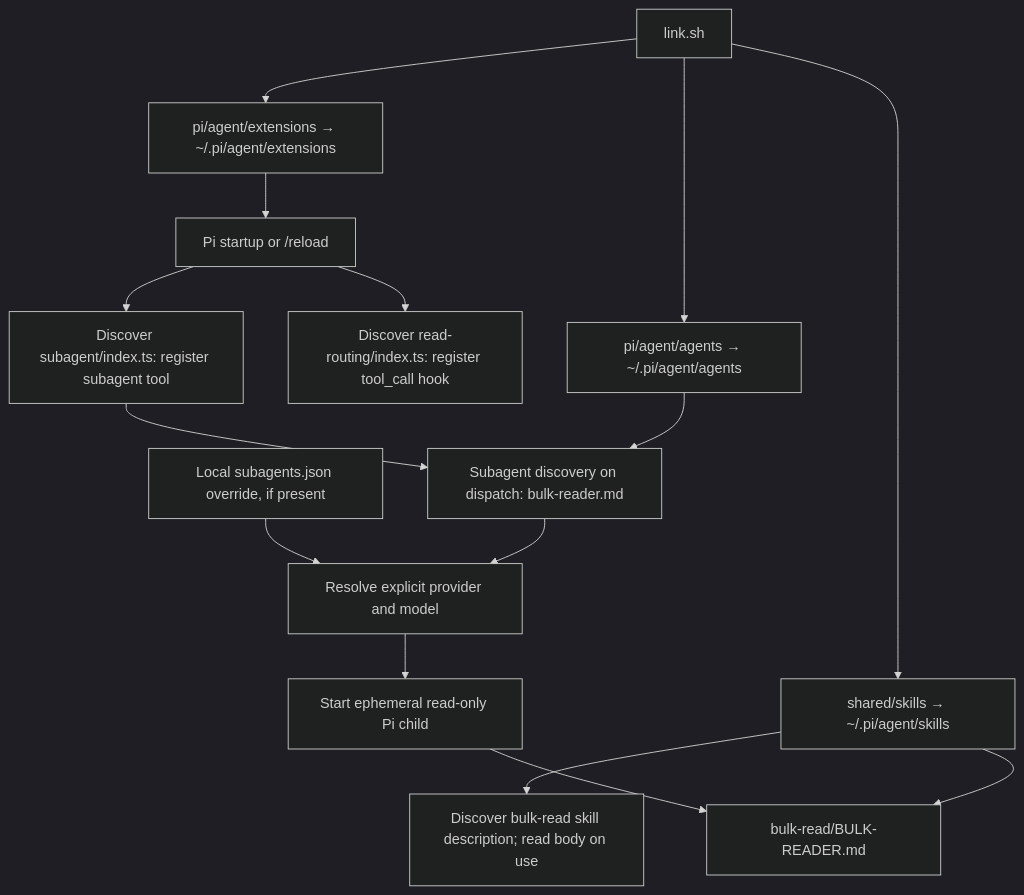
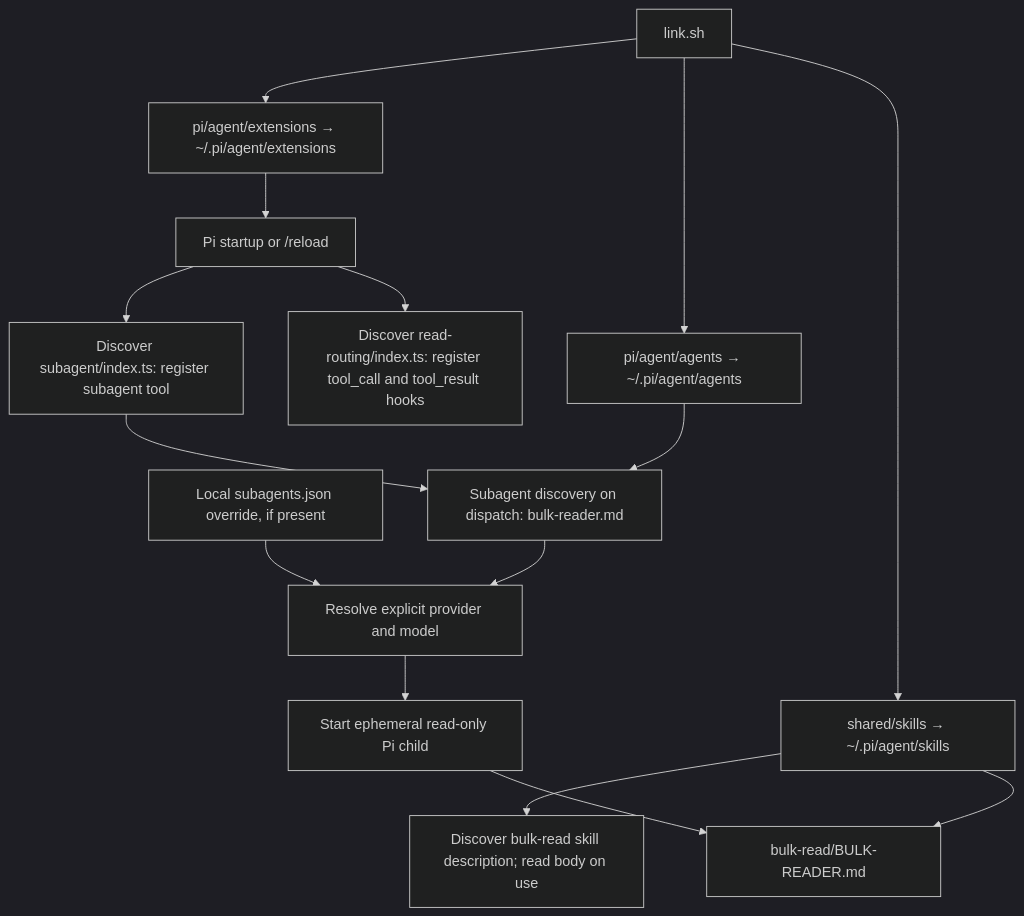
One commit to simonamtoft/coding-harness changed the first of 2 diagrams in pi/agent/extensions/read-routing/README.md. Above: the diagram before and after it, drawn with Mermaid (dark theme). The commit also changed other lines of this file and 6 other files, not shown here.

Commit message:
feat(read-routing): add bulk-reader coverage footer

````diff
--- a/pi/agent/extensions/read-routing/README.md
+++ b/pi/agent/extensions/read-routing/README.md
@@ -23,17 +25,17 @@
 ```mermaid
 flowchart TD
     L["link.sh"] --> E["pi/agent/extensions → ~/.pi/agent/extensions"]
     L --> S["shared/skills → ~/.pi/agent/skills"]
     L --> A["pi/agent/agents → ~/.pi/agent/agents"]
     E --> P["Pi startup or /reload"]
-    P --> R["Discover read-routing/index.ts: register tool_call hook"]
+    P --> R["Discover read-routing/index.ts: register tool_call and tool_result hooks"]
     P --> D["Discover subagent/index.ts: register subagent tool"]
     S --> K["Discover bulk-read skill description; read body on use"]
     A --> C["Subagent discovery on dispatch: bulk-reader.md"]
     D --> C
     C --> M["Resolve explicit provider and model"]
     O["Local subagents.json override, if present"] --> M
     M --> W["Start ephemeral read-only Pi child"]
     S --> B["bulk-read/BULK-READER.md"]
     W --> B
 ```
````
